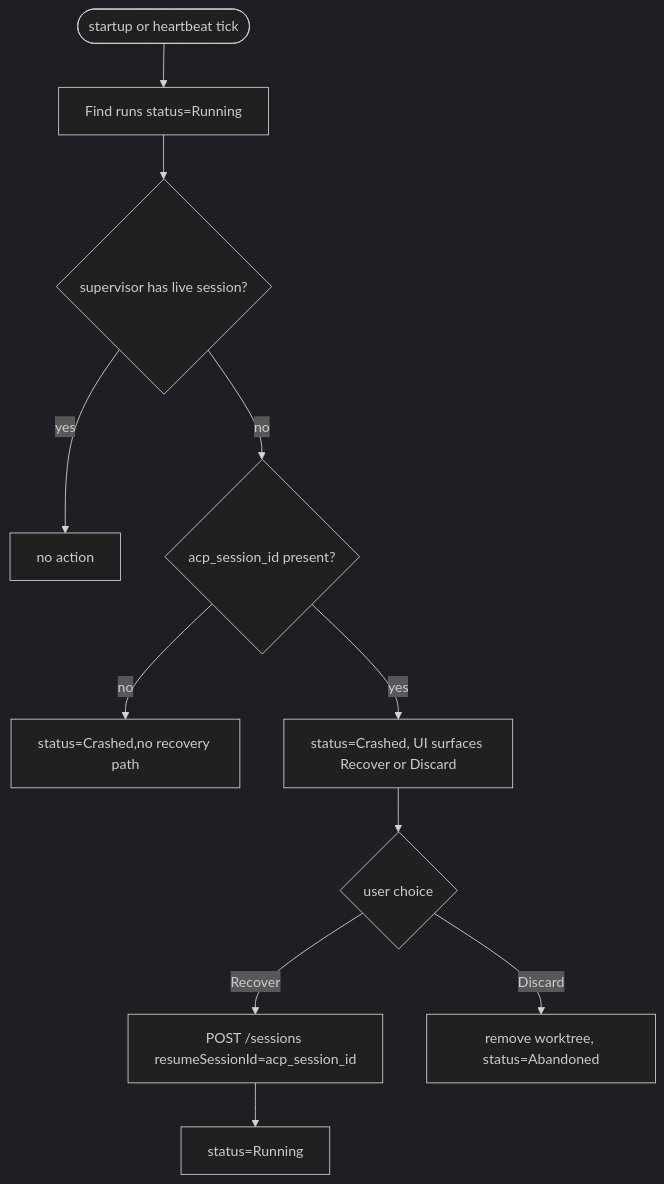
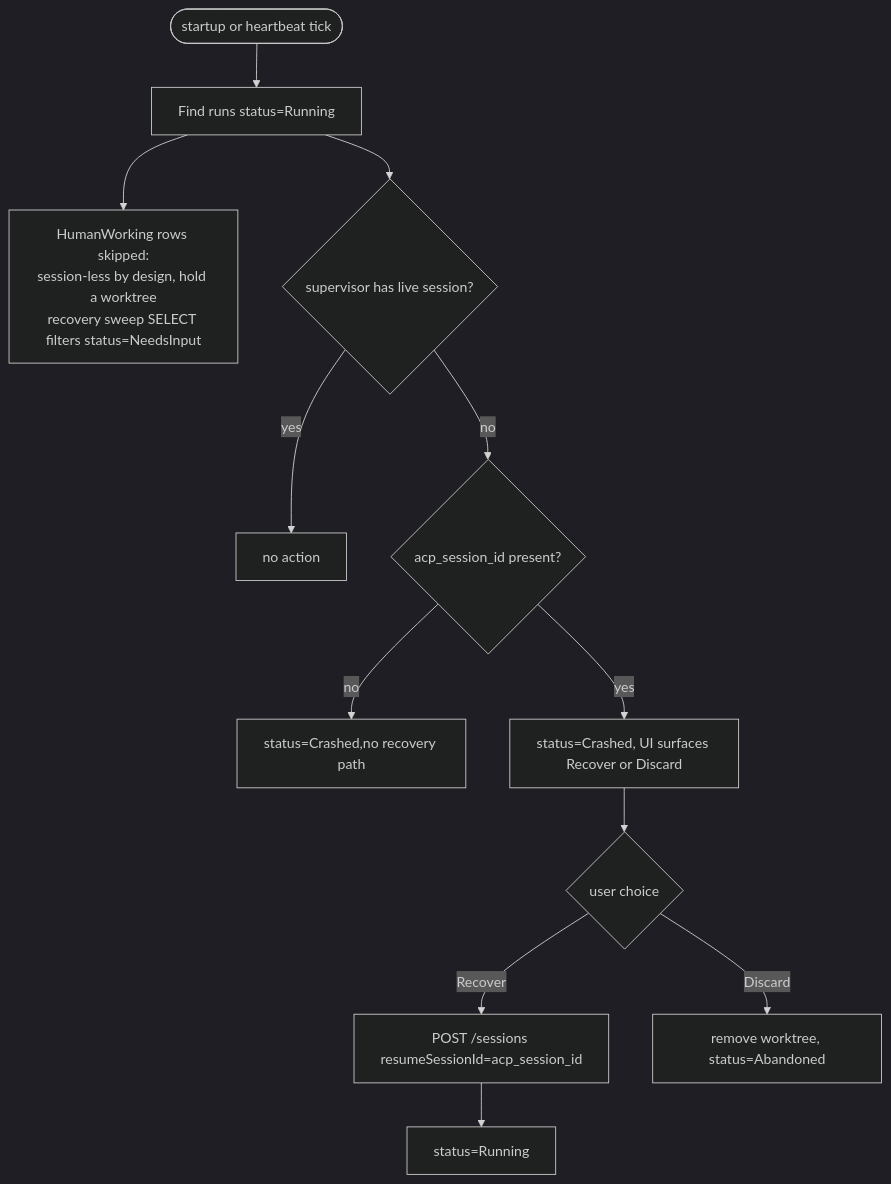
One commit to maister-dev/maister changed the fourth of 4 diagrams in docs/system-analytics/runs.md. Above: the diagram before and after it, drawn with Mermaid (dark theme). The commit also changed other lines of this file and 12 other files, not shown here.

First line of the commit message:
docs(m11b): manual-takeover ADR + analytics + ERD + openapi + flow-dsl + spec→test matrix

````diff
--- a/docs/system-analytics/runs.md
+++ b/docs/system-analytics/runs.md
@@ -171,13 +207,14 @@
 ```mermaid
 flowchart TD
     Start([startup or heartbeat tick]) --> Find[Find runs status=Running]
+    Find --> Skip[HumanWorking rows skipped:<br/>session-less by design, hold a worktree<br/>recovery sweep SELECT filters status=NeedsInput]
     Find --> Live{supervisor has live session?}
     Live -- yes --> OK[no action]
     Live -- no --> Cp{acp_session_id present?}
     Cp -- no --> Crash1[status=Crashed,no recovery path]
     Cp -- yes --> Crash2[status=Crashed, UI surfaces Recover or Discard]
     Crash2 --> User{user choice}
     User -- Recover --> Resume[POST /sessions resumeSessionId=acp_session_id]
     Resume --> Running[status=Running]
     User -- Discard --> Drop[remove worktree, status=Abandoned]
 ```
````
